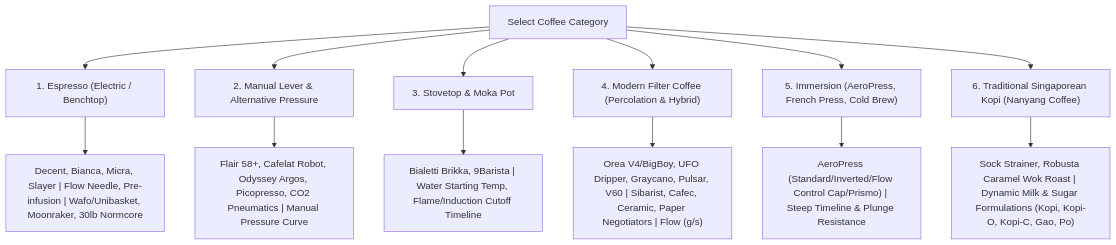
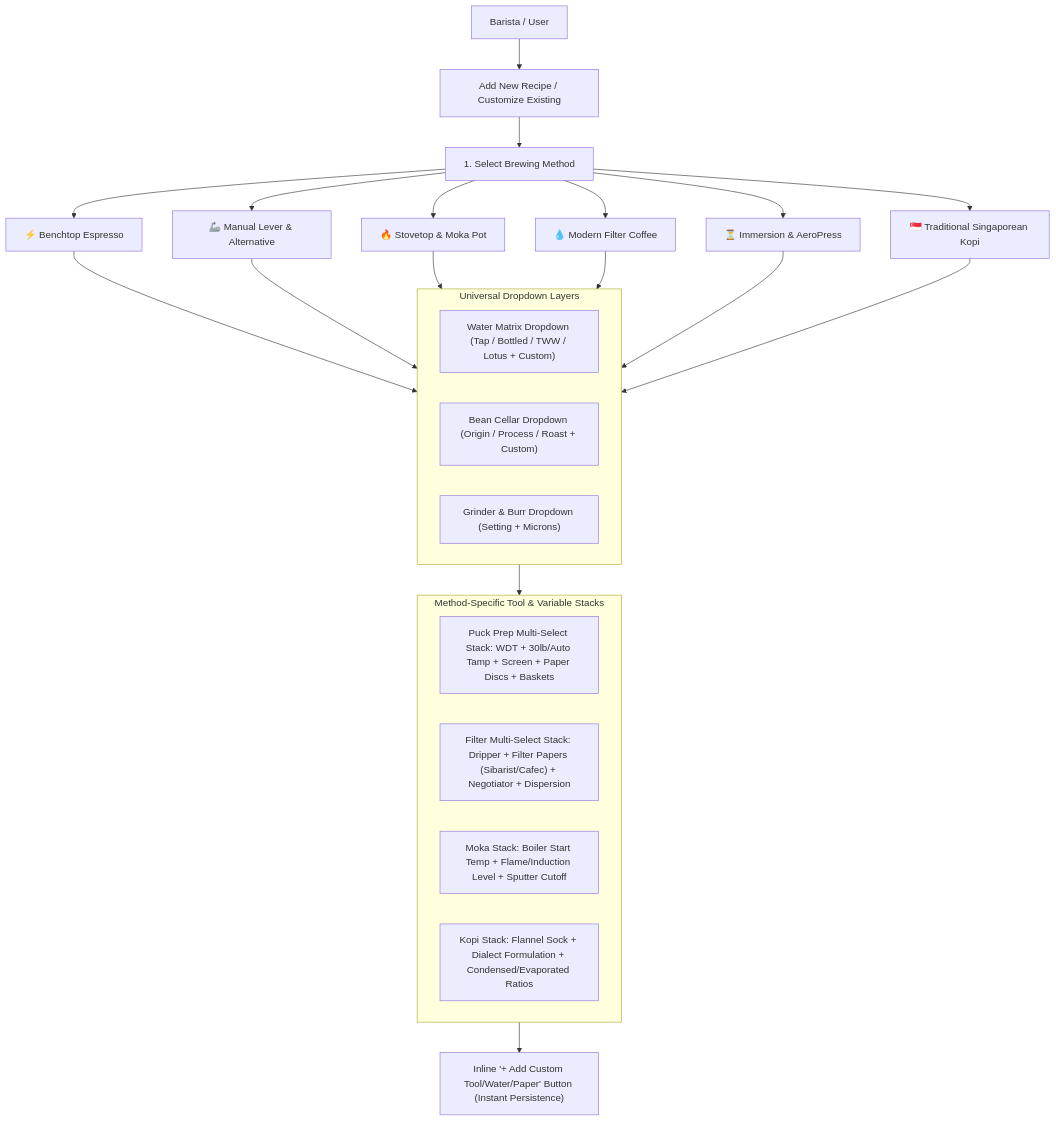
Before and after one commit to VictoriaC128/CoffeeWorks: the first of 3 diagrams in PLAN.md, drawn with Mermaid. The commit also changed other lines of this file, not shown here.

Commit message:
Expand planning: customizable recipe builder with granular variable dropdowns and multi-tool selection

````diff
--- a/PLAN.md
+++ b/PLAN.md
@@ -10,18 +11,31 @@
 ```mermaid
 flowchart TD
-    CategorySelector["Select Coffee Category"]
+    User["Barista / User"] --> Action["Add New Recipe / Customize Existing"]
+    Action --> Category["1. Select Brewing Method"]
 
-    CategorySelector --> Cat1["1. Espresso (Electric / Benchtop)"]
-    CategorySelector --> Cat2["2. Manual Lever & Alternative Pressure"]
-    CategorySelector --> Cat3["3. Stovetop & Moka Pot"]
-    CategorySelector --> Cat4["4. Modern Filter Coffee (Percolation & Hybrid)"]
-    CategorySelector --> Cat5["5. Immersion (AeroPress, French Press, Cold Brew)"]
-    CategorySelector --> Cat6["6. Traditional Singaporean Kopi (Nanyang Coffee)"]
+    Category --> M1["⚡ Benchtop Espresso"]
+    Category --> M2["🦾 Manual Lever & Alternative"]
+    Category --> M3["🔥 Stovetop & Moka Pot"]
+    Category --> M4["💧 Modern Filter Coffee"]
+    Category --> M5["⏳ Immersion & AeroPress"]
+    Category --> M6["🇸🇬 Traditional Singaporean Kopi"]
 
-    Cat1 --> EspSpecs["Decent, Bianca, Micra, Slayer | Flow Needle, Pre-infusion | Wafo/Unibasket, Moonraker, 30lb Normcore"]
-    Cat2 --> LeverSpecs["Flair 58+, Cafelat Robot, Odyssey Argos, Picopresso, CO2 Pneumatics | Manual Pressure Curve"]
-    Cat3 --> MokaSpecs["Bialetti Brikka, 9Barista | Water Starting Temp, Flame/Induction Cutoff Timeline"]
-    Cat4 --> FilterSpecs["Orea V4/BigBoy, UFO Dripper, Graycano, Pulsar, V60 | Sibarist, Cafec, Ceramic, Paper Negotiators | Flow (g/s)"]
-    Cat5 --> ImmerSpecs["AeroPress (Standard/Inverted/Flow Control Cap/Prismo) | Steep Timeline & Plunge Resistance"]
-    Cat6 --> KopiSpecs["Sock Strainer, Robusta Caramel Wok Roast | Dynamic Milk & Sugar Formulations (Kopi, Kopi-O, Kopi-C, Gao, Po)"]
+    M1 & M2 & M3 & M4 & M5 & M6 --> Universal["Universal Dropdown Layers"]
+    
+    subgraph Universal ["Universal Dropdown Layers"]
+        WaterDD["Water Matrix Dropdown (Tap / Bottled / TWW / Lotus + Custom)"]
+        BeanDD["Bean Cellar Dropdown (Origin / Process / Roast + Custom)"]
+        GrinderDD["Grinder & Burr Dropdown (Setting + Microns)"]
+    end
+
+    Universal --> MethodSpecific["Method-Specific Tool & Variable Stacks"]
+
+    subgraph MethodSpecific ["Method-Specific Tool & Variable Stacks"]
+        EspStack["Puck Prep Multi-Select Stack: WDT + 30lb/Auto Tamp + Screen + Paper Discs + Baskets"]
+        FilterStack["Filter Multi-Select Stack: Dripper + Filter Papers (Sibarist/Cafec) + Negotiator + Dispersion"]
+        MokaStack["Moka Stack: Boiler Start Temp + Flame/Induction Level + Sputter Cutoff"]
+        KopiStack["Kopi Stack: Flannel Sock + Dialect Formulation + Condensed/Evaporated Ratios"]
+    end
+
+    MethodSpecific --> CustomInject["Inline '+ Add Custom Tool/Water/Paper' Button (Instant Persistence)"]
 ```
````
